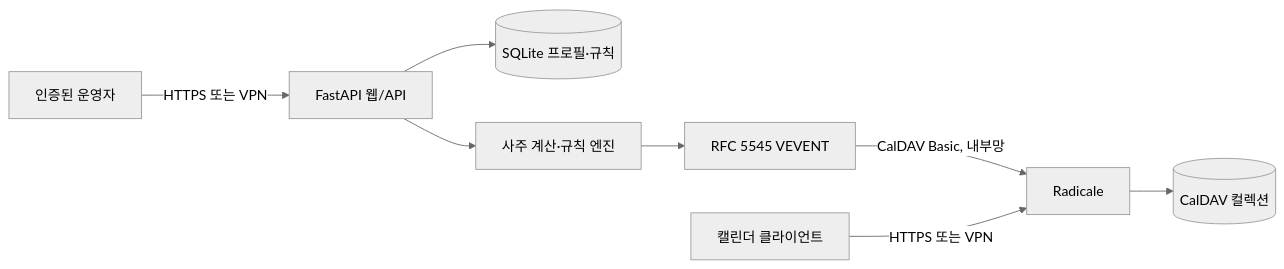
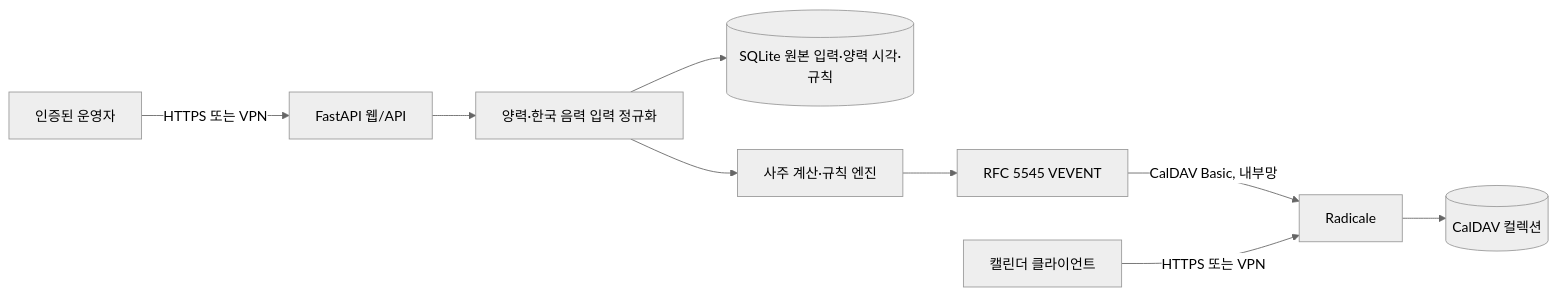
The diagram in docs/ARCHITECTURE.md (ContextualWisdomLab/saju-caldav), drawn with Mermaid (neutral theme) before and after one commit. The commit also changed other lines of this file and 2 other files, not shown here.

````diff
--- a/docs/ARCHITECTURE.md
+++ b/docs/ARCHITECTURE.md
@@ -3,10 +3,11 @@
 ```mermaid
 flowchart LR
     O[인증된 운영자] -->|HTTPS 또는 VPN| W[FastAPI 웹/API]
-    W --> S[(SQLite 프로필·규칙)]
-    W --> E[사주 계산·규칙 엔진]
+    W --> N[양력·한국 음력 입력 정규화]
+    N --> S[(SQLite 원본 입력·양력 시각·규칙)]
+    N --> E[사주 계산·규칙 엔진]
     E --> I[RFC 5545 VEVENT]
     I -->|CalDAV Basic, 내부망| R[Radicale]
     R --> C[(CalDAV 컬렉션)]
     D[캘린더 클라이언트] -->|HTTPS 또는 VPN| R
 ```
````
